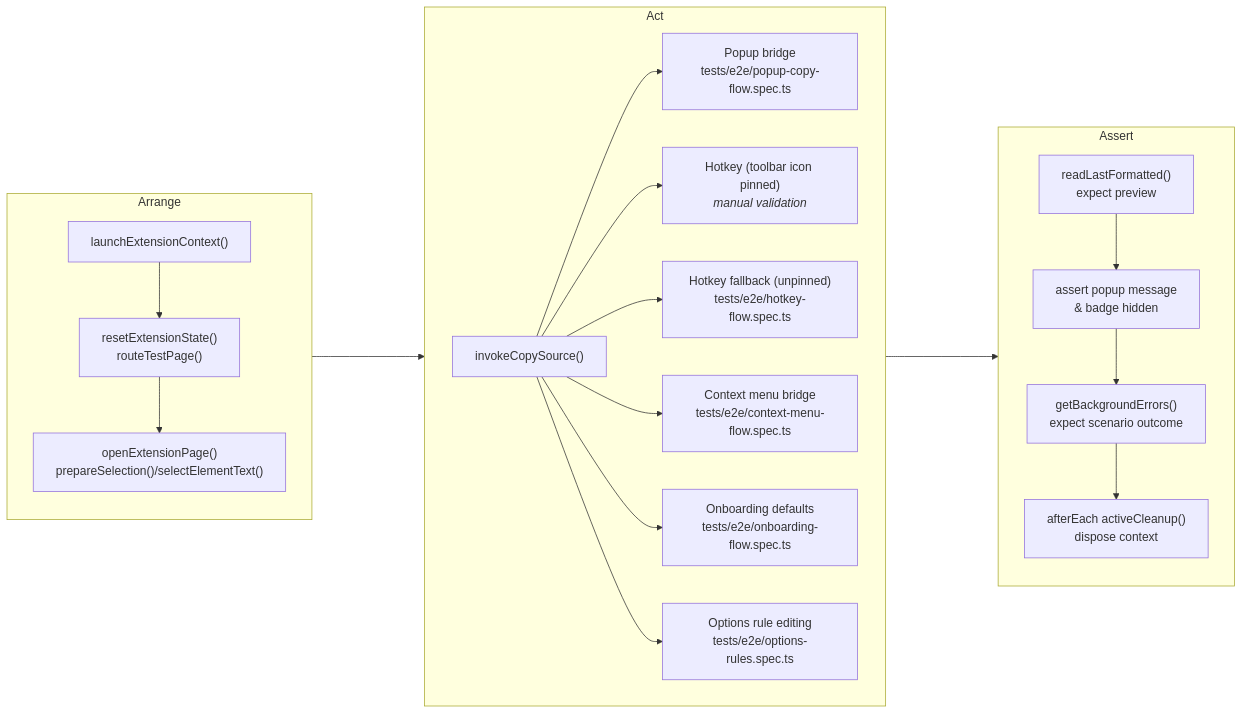
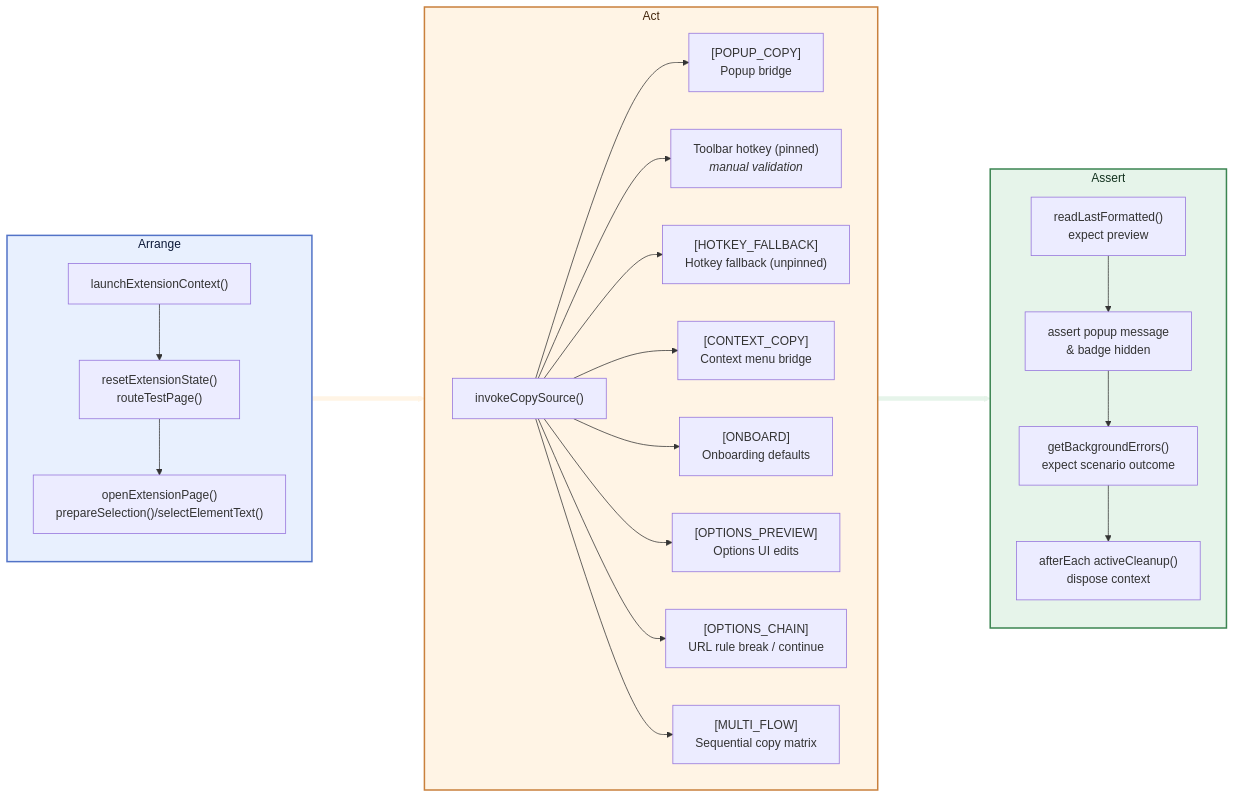
The diagram in docs/dev/test-coverage.md (PabloLION/MarkQuote), drawn with Mermaid before and after one commit. The commit also changed other lines of this file and 7 other files, not shown here.

````diff
--- a/docs/dev/test-coverage.md
+++ b/docs/dev/test-coverage.md
@@ -29,27 +29,54 @@
 ```mermaid
 flowchart LR
-  %% Use IDs so we can link the subgraphs (not their inner nodes)
+  %% Define subgraphs first and tint them
+  style ARR fill:#E8F0FE,stroke:#5273C7,stroke-width:2px,color:#0B1838
   subgraph ARR[Arrange]
     direction TB
-    A["launchExtensionContext()"] --> B["resetExtensionState()<br/>routeTestPage()"] --> C["openExtensionPage()<br/>prepareSelection()/selectElementText()"]
+    A["launchExtensionContext()"]
+    B["resetExtensionState()<br/>routeTestPage()"]
+    C["openExtensionPage()<br/>prepareSelection()/selectElementText()"]
   end
-  ARR ----> ACT
 
+  style ACT fill:#FFF4E5,stroke:#C9803C,stroke-width:2px,color:#43260B
   subgraph ACT[Act]
     direction LR
     D["invokeCopySource()"]
-    D --> D1["Popup bridge<br/>tests/e2e/popup-copy-flow.spec.ts"]
-    D --> D2["Hotkey (toolbar icon pinned)<br/><em>manual validation</em>"]
-    D --> D3["Hotkey fallback (unpinned)<br/>tests/e2e/hotkey-flow.spec.ts"]
-    D --> D4["Context menu bridge<br/>tests/e2e/context-menu-flow.spec.ts"]
-    D --> D5["Onboarding defaults<br/>tests/e2e/onboarding-flow.spec.ts"]
-    D --> D6["Options rule editing<br/>tests/e2e/options-rules.spec.ts"]
+    D1["[POPUP_COPY]<br/>Popup bridge"]
+    D2["Toolbar hotkey (pinned)<br/><em>manual validation</em>"]
+    D3["[HOTKEY_FALLBACK]<br/>Hotkey fallback (unpinned)"]
+    D4["[CONTEXT_COPY]<br/>Context menu bridge"]
+    D5["[ONBOARD]<br/>Onboarding defaults"]
+    D6["[OPTIONS_PREVIEW]<br/>Options UI edits"]
+    D7["[OPTIONS_CHAIN]<br/>URL rule break / continue"]
+    D8["[MULTI_FLOW]<br/>Sequential copy matrix"]
   end
-  ACT ----> ASS
 
+  style ASS fill:#E6F4EA,stroke:#3B8551,stroke-width:2px,color:#13321F
   subgraph ASS[Assert]
     direction TB
-    E["readLastFormatted()<br/>expect preview"] --> F["assert popup message<br/>& badge hidden"] --> G["getBackgroundErrors()<br/>expect scenario outcome"] --> H["afterEach activeCleanup()<br/>dispose context"]
+    E["readLastFormatted()<br/>expect preview"]
+    F["assert popup message<br/>& badge hidden"]
+    G["getBackgroundErrors()<br/>expect scenario outcome"]
+    H["afterEach activeCleanup()<br/>dispose context"]
   end
 
+  %% Connect the high-level phases first so linkStyle indices align, and
+  %% Style the inter-phase connectors with thick, color-matched strokes
+  ARR ----> ACT
+  linkStyle 0 stroke:#FFF4E5,stroke-width:6px,color:#FFF4E5
+
+  ACT ----> ASS
+  linkStyle 1 stroke:#E6F4EA,stroke-width:6px,color:#E6F4EA
+
+  %% Internal sequencing inside each subgraph
+  A --> B --> C
+  D --> D1
+  D --> D2
+  D --> D3
+  D --> D4
+  D --> D5
+  D --> D6
+  D --> D7
+  D --> D8
+  E --> F --> G --> H
 ```
````
